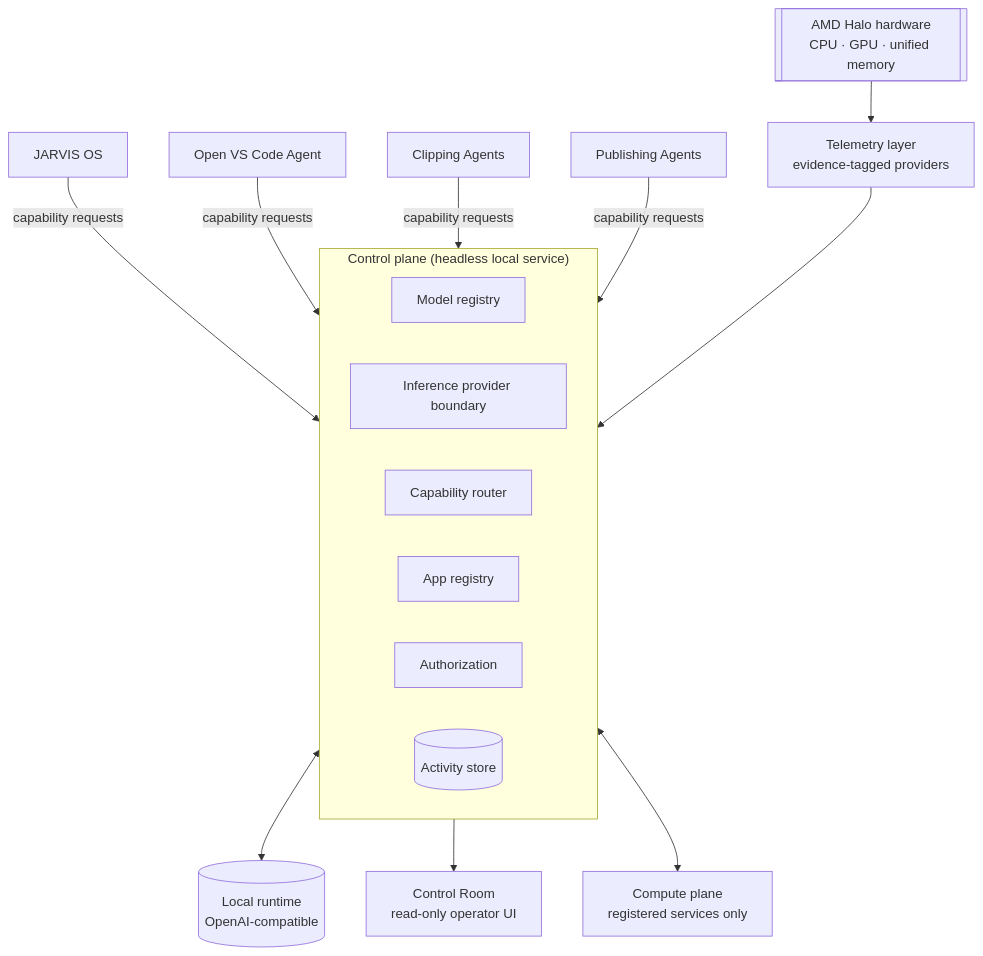
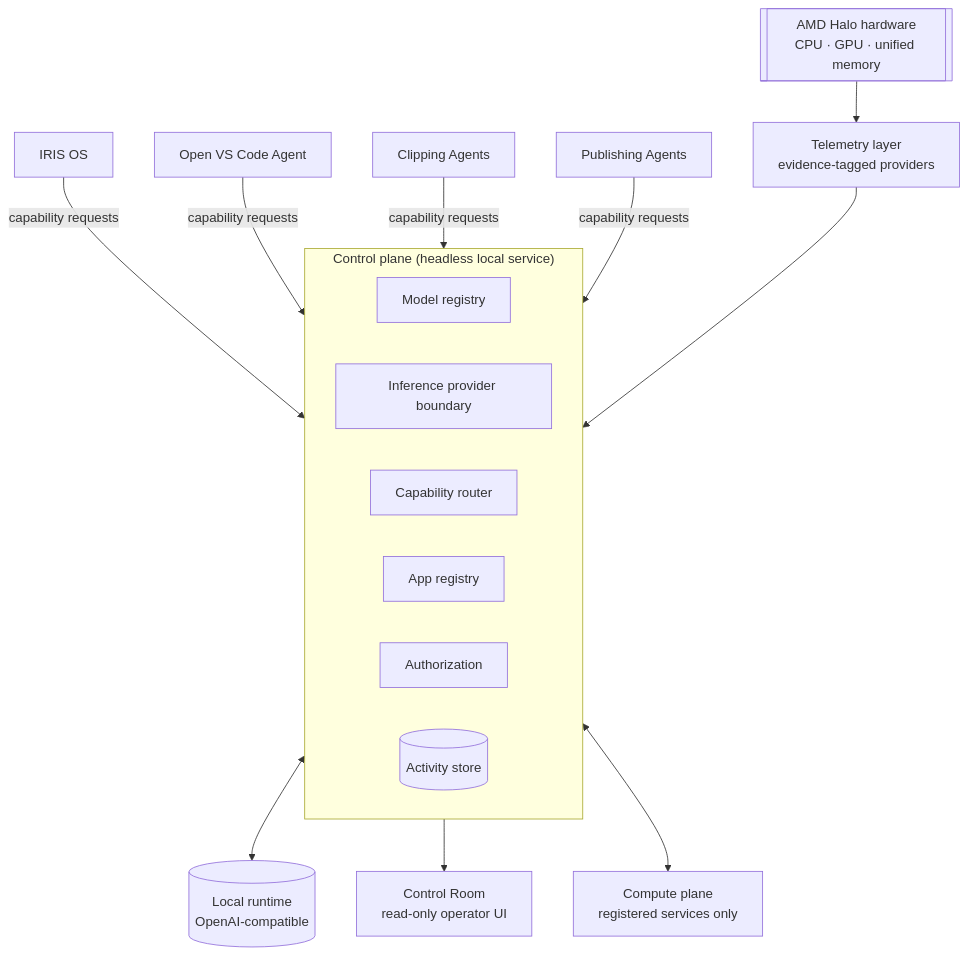
The diagram in README.md (RaulMermans/AMD-HALO-Control), drawn with Mermaid before and after one commit. The commit also changed other lines of this file and 7 other files, not shown here.

First line of the commit message:
docs: rename the public edition from JARVIS OS to IRIS OS

````diff
--- a/README.md
+++ b/README.md
@@ -23,21 +23,21 @@
 ```mermaid
 flowchart TB
   HW[[AMD Halo hardware<br/>CPU · GPU · unified memory]] --> TEL[Telemetry layer<br/>evidence-tagged providers]
   TEL --> CORE
 
   subgraph CORE["Control plane (headless local service)"]
     direction LR
     REG[Model registry]
     INF[Inference provider boundary]
     RT[Capability router]
     APP[App registry]
     AUTH[Authorization]
     ACT[(Activity store)]
   end
 
   CORE --> UI[Control Room<br/>read-only operator UI]
   CORE <--> CPL[Compute plane<br/>registered services only]
   INF <--> LLM[(Local runtime<br/>OpenAI-compatible)]
 
-  J[JARVIS OS] & V[Open VS Code Agent] & C[Clipping Agents] & P[Publishing Agents] -->|capability requests| AUTH
+  J[IRIS OS] & V[Open VS Code Agent] & C[Clipping Agents] & P[Publishing Agents] -->|capability requests| AUTH
 ```
````
